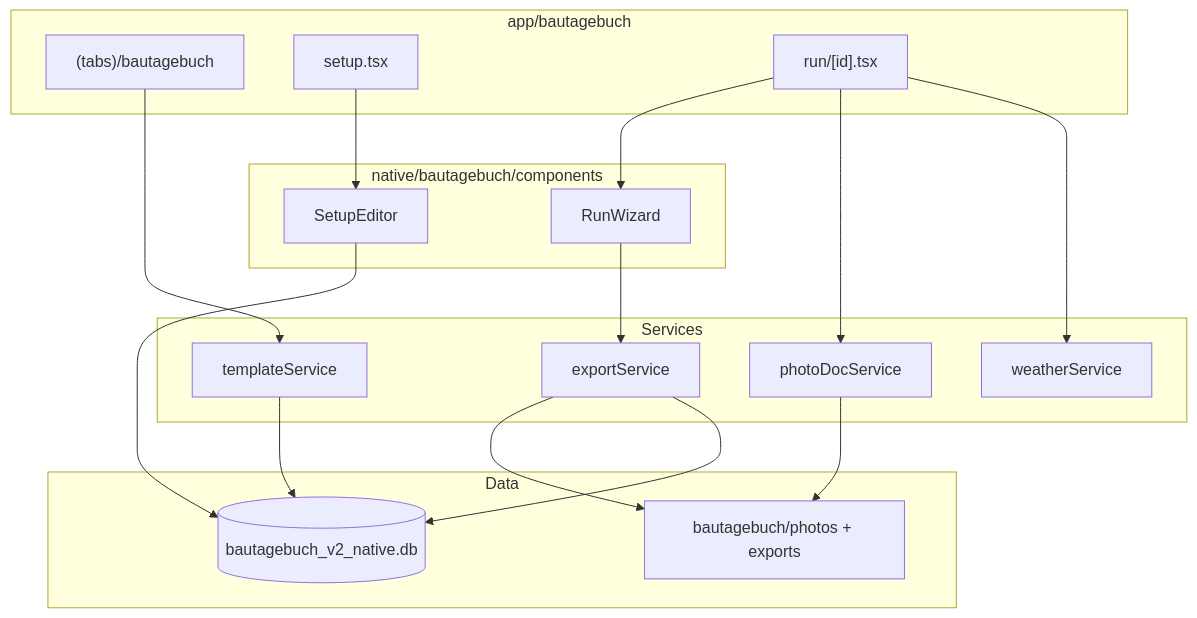
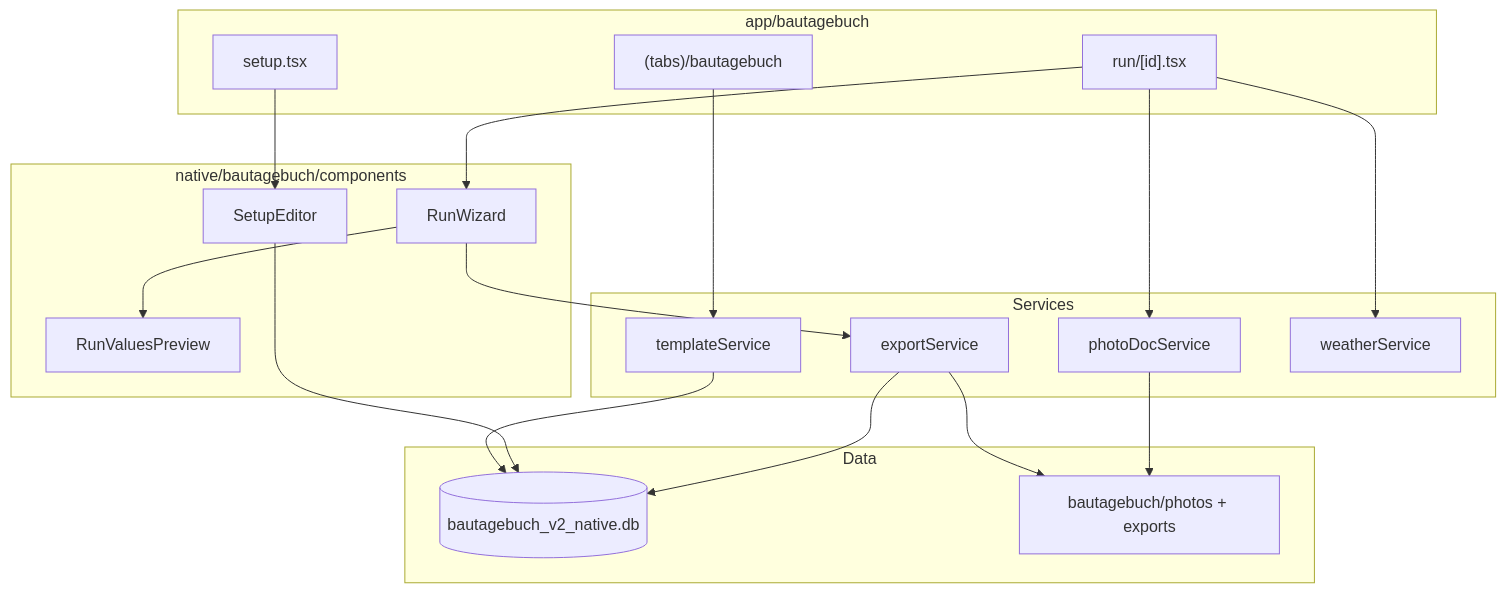
Before and after one commit to KCLK08/buew-toolbox: the diagram in BAUTAGEBUCH_IST_DOKUMENTATION.md, drawn with Mermaid. The commit also changed other lines of this file and 1 other file, not shown here.

````diff
--- a/BAUTAGEBUCH_IST_DOKUMENTATION.md
+++ b/BAUTAGEBUCH_IST_DOKUMENTATION.md
@@ -521,32 +621,34 @@
 ```mermaid
 flowchart TB
   subgraph Screens [app/bautagebuch]
     Home["(tabs)/bautagebuch"]
     Setup[setup.tsx]
     Run["run/[id].tsx"]
   end
 
   subgraph Components [native/bautagebuch/components]
     SE[SetupEditor]
     RW[RunWizard]
+    RVP[RunValuesPreview]
   end
 
   subgraph Services
     TS[templateService]
     ES[exportService]
     PS[photoDocService]
     WS[weatherService]
   end
 
   subgraph Data
     DB[(bautagebuch_v2_native.db)]
     Files[bautagebuch/photos + exports]
   end
 
   Home --> TS --> DB
   Setup --> SE --> DB
   Run --> RW --> ES --> Files
   Run --> PS --> Files
   Run --> WS
+  RW --> RVP
   ES --> DB
 ```
````
